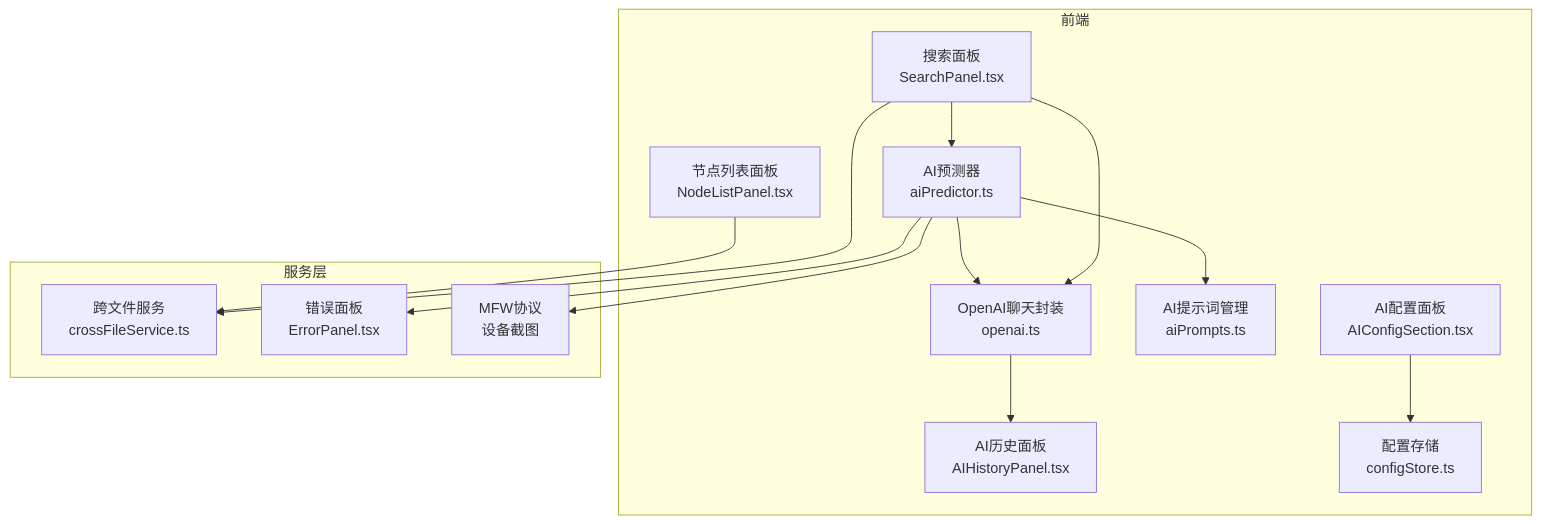
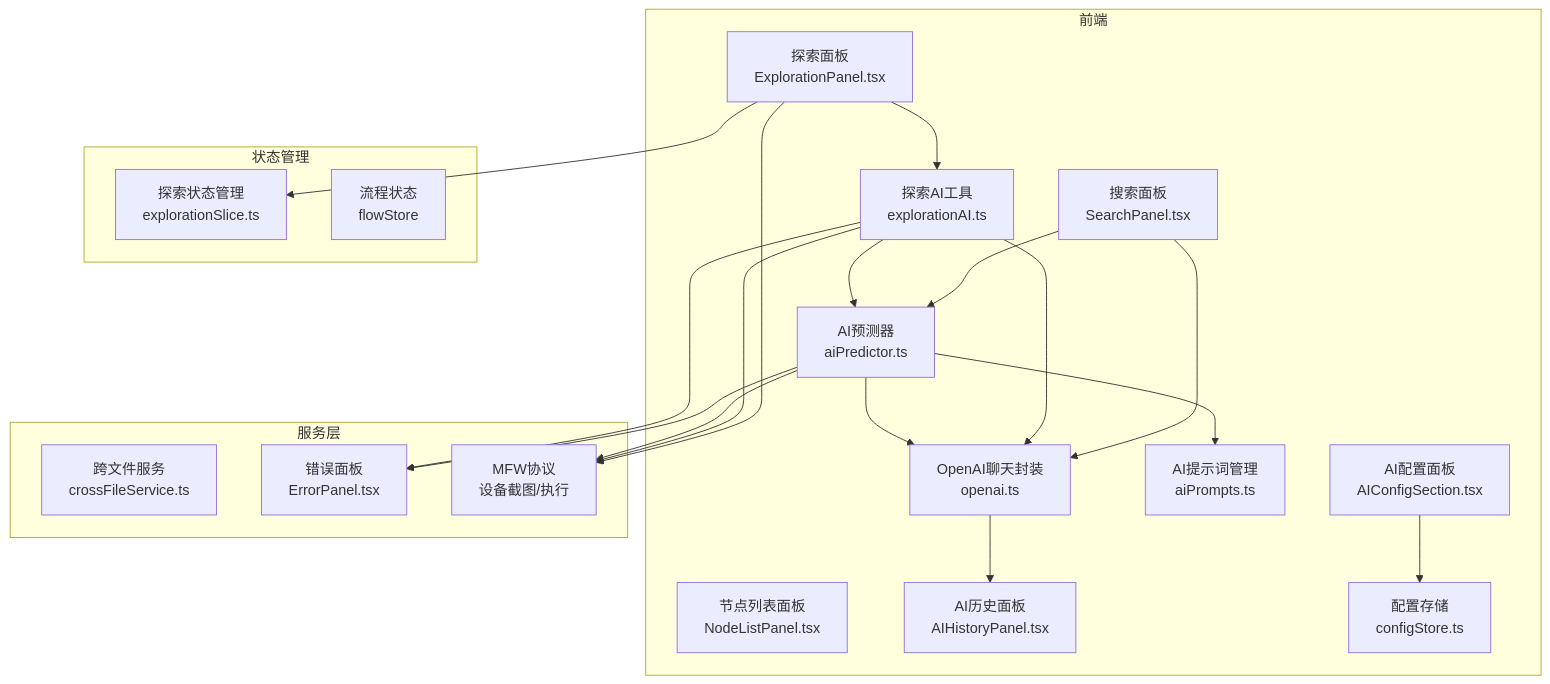
Before and after one commit to kqcoxn/MaaPipelineEditor: the first of 11 diagrams in .qoder/repowiki/zh/content/AI辅助功能/AI辅助功能.md, drawn with Mermaid. The commit also changed other lines of this file and 8 other files, not shown here.

````diff
--- a/.qoder/repowiki/zh/content/AI辅助功能/AI辅助功能.md
+++ b/.qoder/repowiki/zh/content/AI辅助功能/AI辅助功能.md
@@ -42,28 +46,39 @@
 ```mermaid
 graph TB
 subgraph "前端"
 SP["搜索面板<br/>SearchPanel.tsx"]
+EP["探索面板<br/>ExplorationPanel.tsx"]
 NLP["节点列表面板<br/>NodeListPanel.tsx"]
 AICFG["AI配置面板<br/>AIConfigSection.tsx"]
 AIPROMPT["AI提示词管理<br/>aiPrompts.ts"]
 AIPRED["AI预测器<br/>aiPredictor.ts"]
+EXPAI["探索AI工具<br/>explorationAI.ts"]
 OPENAI["OpenAI聊天封装<br/>openai.ts"]
 HIS["AI历史面板<br/>AIHistoryPanel.tsx"]
 CFG["配置存储<br/>configStore.ts"]
 end
 subgraph "服务层"
 CFS["跨文件服务<br/>crossFileService.ts"]
 ERR["错误面板<br/>ErrorPanel.tsx"]
-MFW["MFW协议<br/>设备截图"]
+MFW["MFW协议<br/>设备截图/执行"]
+end
+subgraph "状态管理"
+EXPSTORE["探索状态管理<br/>explorationSlice.ts"]
+FLOW["流程状态<br/>flowStore"]
 end
 SP --> AIPRED
 SP --> OPENAI
-SP --> CFS
-NLP --> CFS
+EP --> EXPAI
+EP --> EXPSTORE
+EP --> MFW
+EXPAI --> AIPRED
+EXPAI --> OPENAI
+EXPAI --> MFW
 AIPRED --> AIPROMPT
 AIPRED --> OPENAI
 AIPRED --> MFW
 OPENAI --> HIS
 AICFG --> CFG
 AIPRED --> ERR
+EXPAI --> ERR
 ```
````
